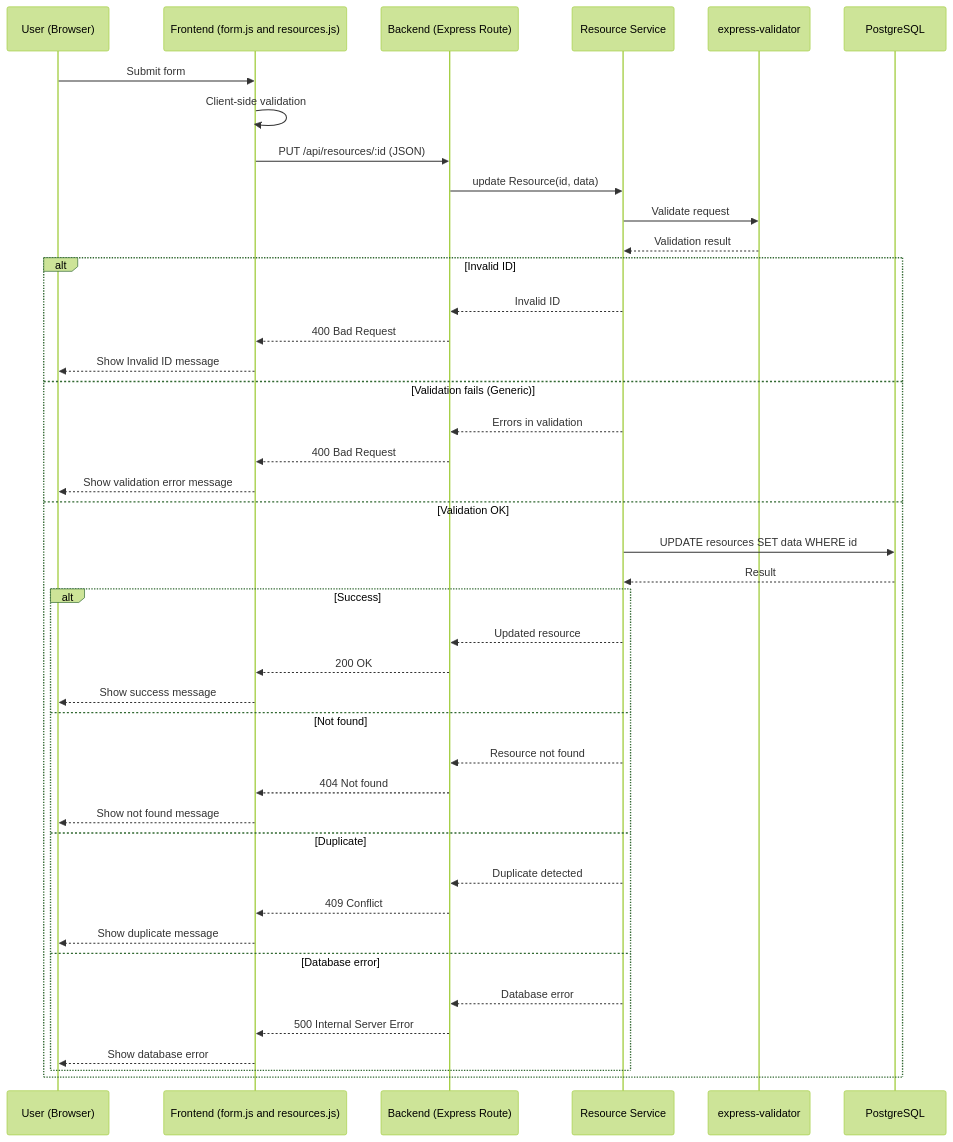
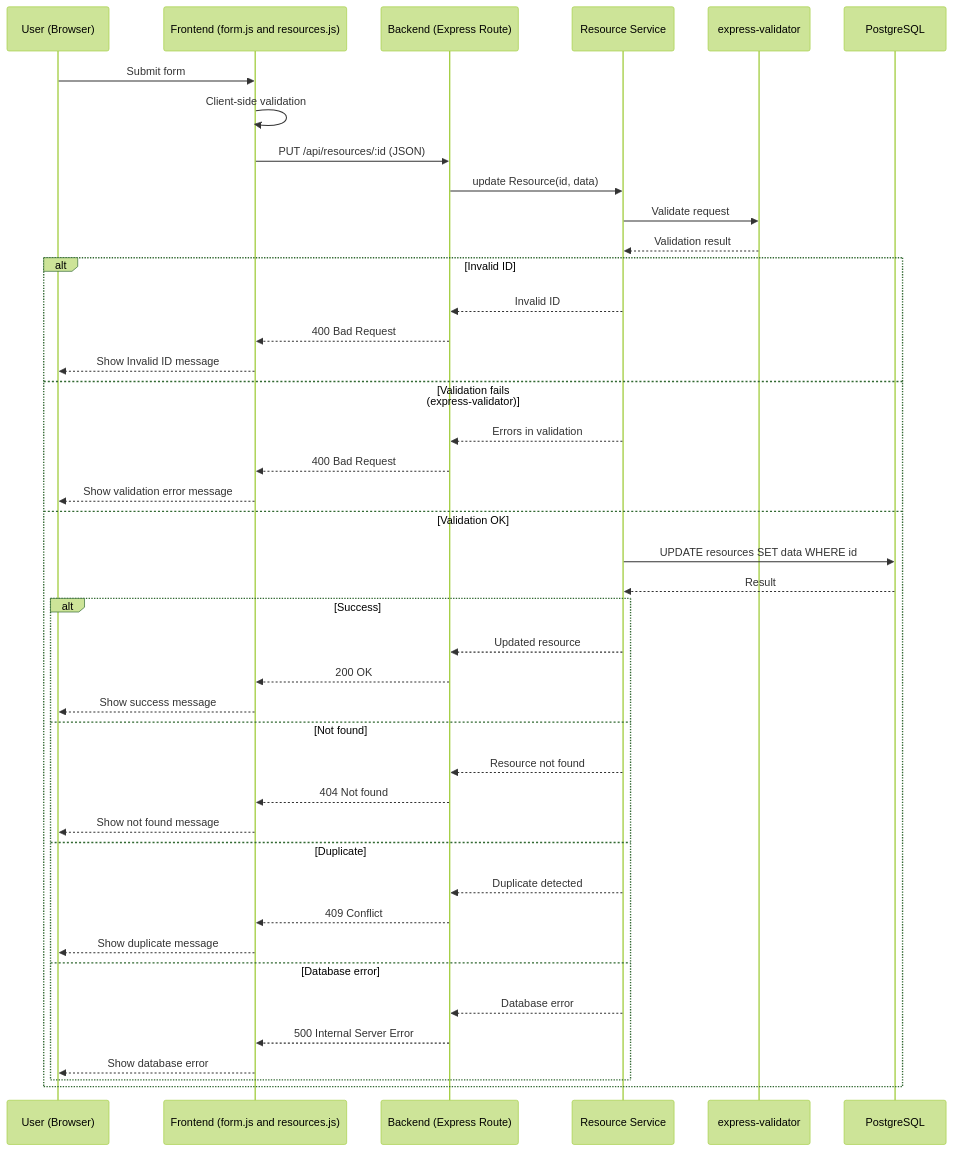
The fourth of 5 diagrams in FromAdvWebDev/G1_CRUD_Dataflow.md (vheikkiniemi/BasicsOfWebDevelopment2025S), drawn with Mermaid (forest theme) before and after one commit. The commit also changed other lines of this file, not shown here.

Commit message:
G1 updated

````diff
--- a/FromAdvWebDev/G1_CRUD_Dataflow.md
+++ b/FromAdvWebDev/G1_CRUD_Dataflow.md
@@ -111,48 +111,48 @@
 ```mermaid
 sequenceDiagram
     participant U as User (Browser)
     participant F as Frontend (form.js and resources.js)
     participant B as Backend (Express Route)
     participant S as Resource Service
     participant V as express-validator
     participant DB as PostgreSQL
     
     U->>F: Submit form
     F->>F: Client-side validation
     F->>B: PUT /api/resources/:id (JSON)
     B->>S: update Resource(id, data)
 
     S->>V: Validate request
     V-->>S: Validation result
 
     alt Invalid ID
         S-->>B: Invalid ID
         B-->>F: 400 Bad Request
         F-->>U: Show Invalid ID message
-    else Validation fails (Generic)
+    else Validation fails (express-validator)
         S-->>B: Errors in validation
         B-->>F: 400 Bad Request
         F-->>U: Show validation error message
     else Validation OK
         S->>DB: UPDATE resources SET data WHERE id 
         DB-->>S: Result
 
         alt Success
             S-->>B: Updated resource
             B-->>F: 200 OK
             F-->>U: Show success message
         else Not found
             S-->>B: Resource not found
             B-->>F: 404 Not found
             F-->>U: Show not found message
         else Duplicate
             S-->>B: Duplicate detected
             B-->>F: 409 Conflict
             F-->>U: Show duplicate message
         else Database error
             S-->>B: Database error
             B-->>F: 500 Internal Server Error
             F-->>U: Show database error
         end
     end    
 ```
````
